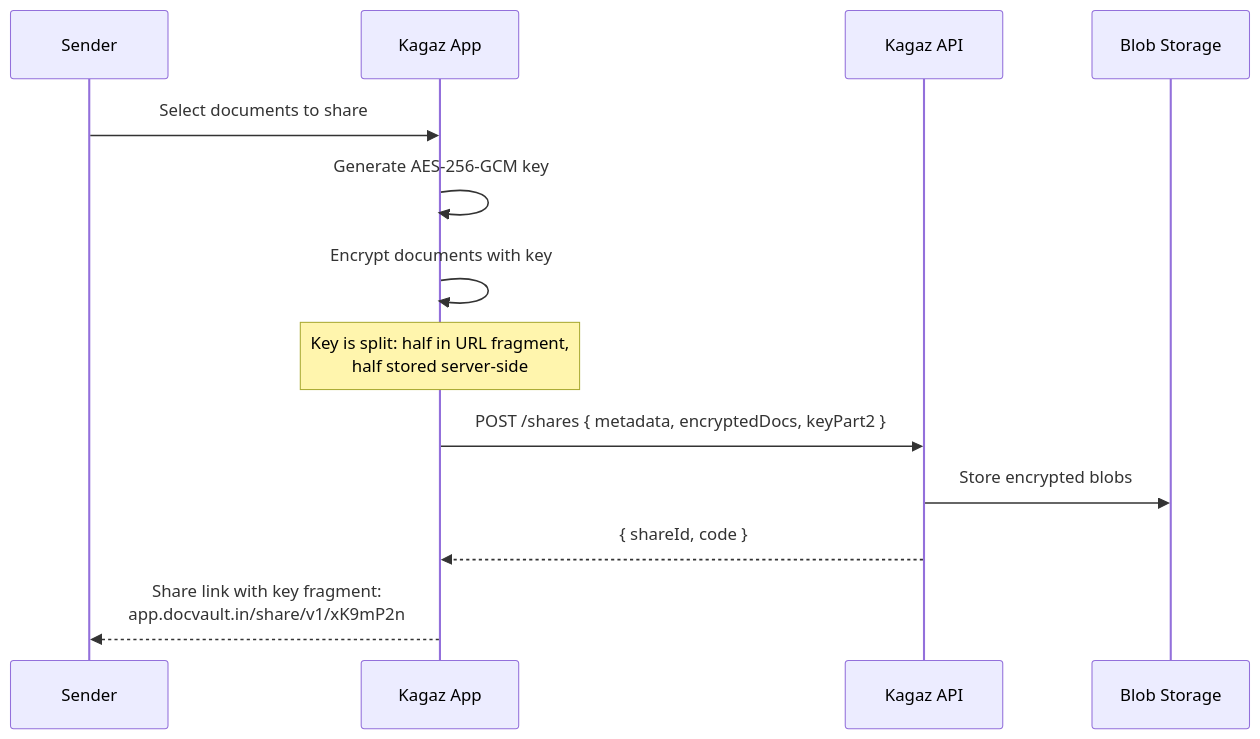
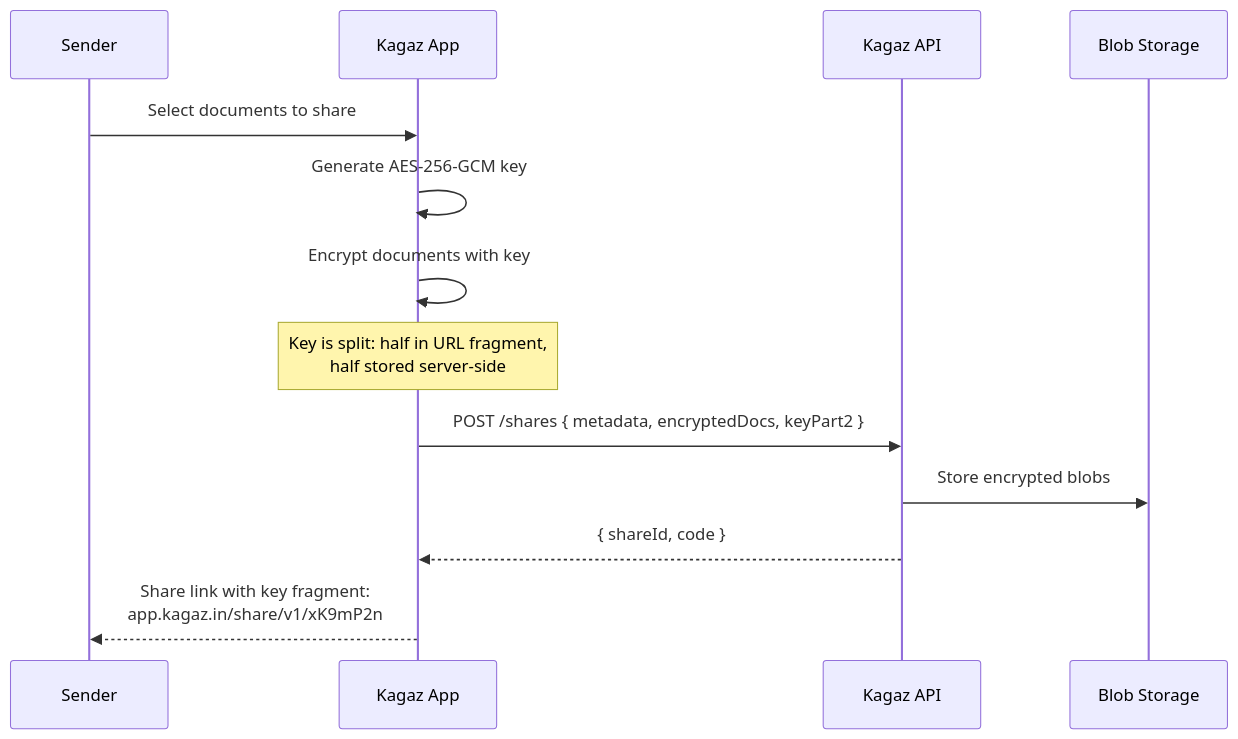
The second of 7 diagrams in docs/architecture/06-sharing-module.md (omanandswami2005/project-kagazzz), drawn with Mermaid before and after one commit. The commit also changed other lines of this file and 11 other files, not shown here.

First line of the commit message:
docs: add app-portfolio doc, rename docvault identifiers, mark roadmap dates aspirational

````diff
--- a/docs/architecture/06-sharing-module.md
+++ b/docs/architecture/06-sharing-module.md
@@ -127,19 +127,19 @@
 ```mermaid
 sequenceDiagram
     participant Sender
     participant Client as Kagaz App
     participant API as Kagaz API
     participant Storage as Blob Storage
 
     Sender->>Client: Select documents to share
     Client->>Client: Generate AES-256-GCM key
     Client->>Client: Encrypt documents with key
 
     Note over Client: Key is split: half in URL fragment,<br/>half stored server-side
 
     Client->>API: POST /shares { metadata, encryptedDocs, keyPart2 }
     API->>Storage: Store encrypted blobs
     API-->>Client: { shareId, code }
 
-    Client-->>Sender: Share link with key fragment:<br/>app.docvault.in/share/v1/xK9mP2n#keyPart1
+    Client-->>Sender: Share link with key fragment:<br/>app.kagaz.in/share/v1/xK9mP2n#keyPart1
 ```
````
